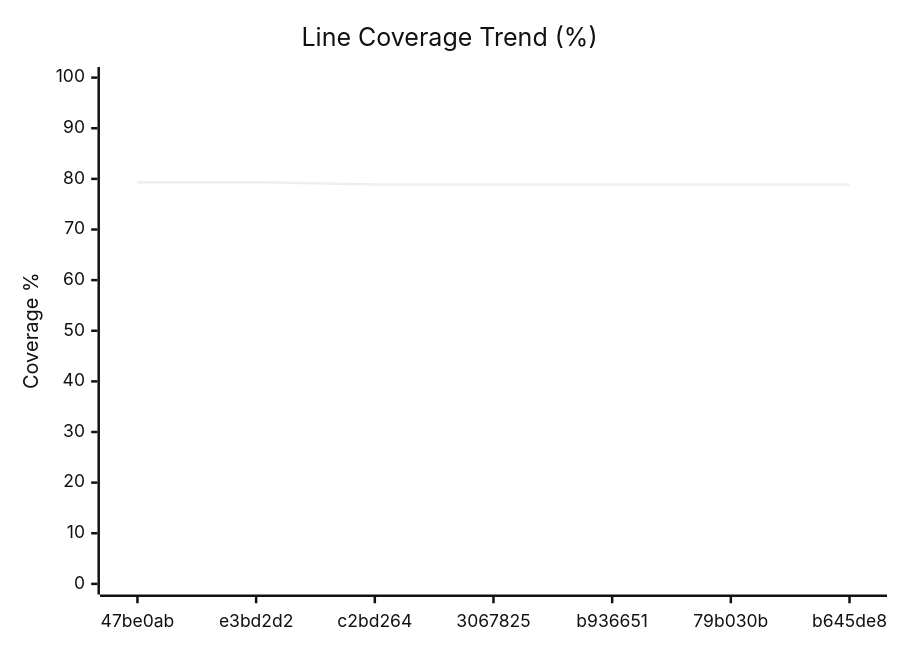
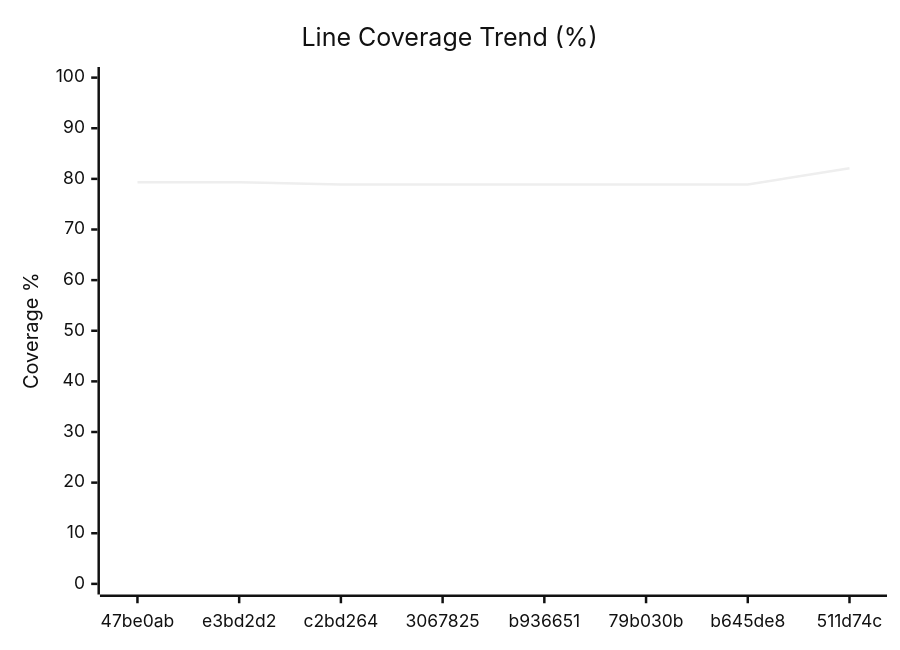
Before and after one commit to googlemaps/android-maps-testing: the diagram in COVERAGE.md, drawn with Mermaid (neutral theme). The commit also changed other lines of this file and 3 other files, not shown here.

````diff
--- a/COVERAGE.md
+++ b/COVERAGE.md
@@ -52,7 +52,7 @@
 ```mermaid
 xychart-beta
     title "Line Coverage Trend (%)"
-    x-axis ["47be0ab", "e3bd2d2", "c2bd264", "3067825", "b936651", "79b030b", "b645de8"]
+    x-axis ["47be0ab", "e3bd2d2", "c2bd264", "3067825", "b936651", "79b030b", "b645de8", "511d74c"]
     y-axis "Coverage %" 0 --> 100
-    line [79.34, 79.34, 78.88, 78.88, 78.88, 78.88, 78.88]
+    line [79.34, 79.34, 78.88, 78.88, 78.88, 78.88, 78.88, 82.12]
 ```
````
